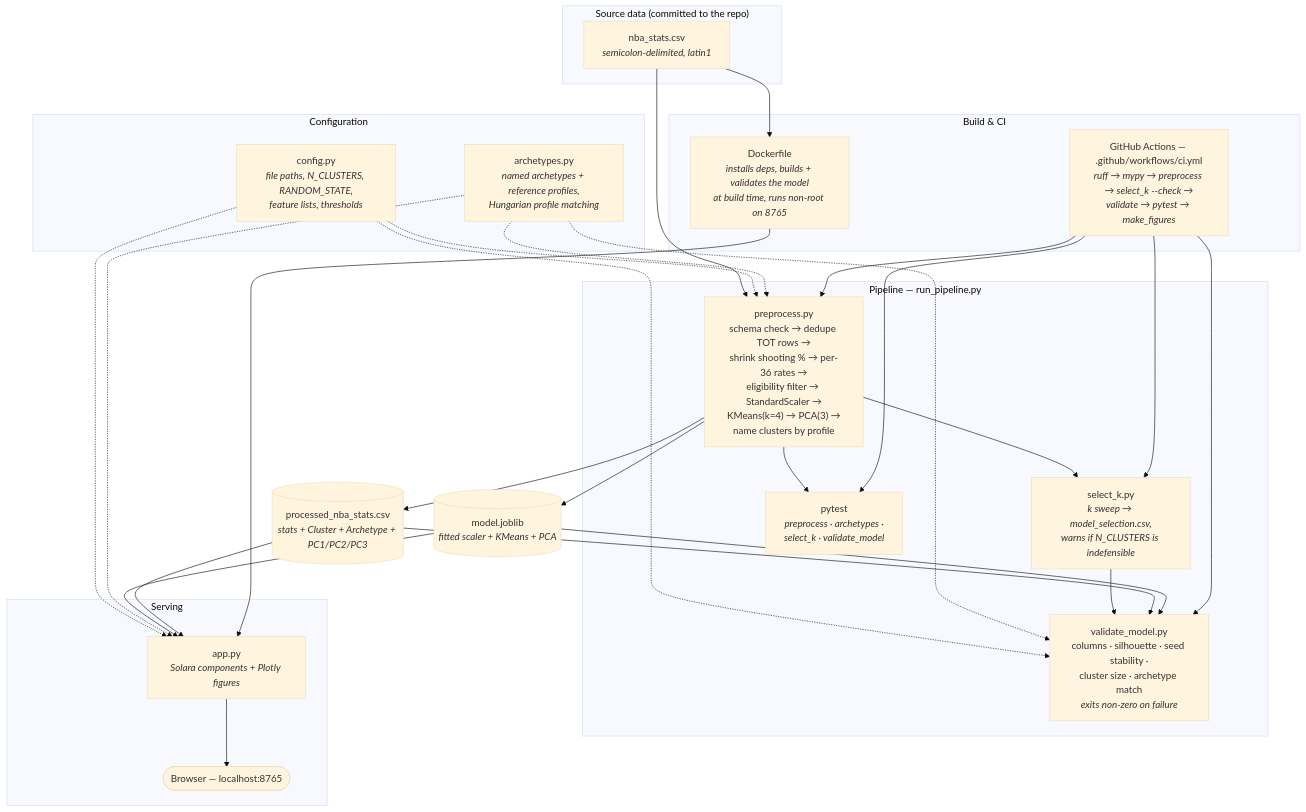
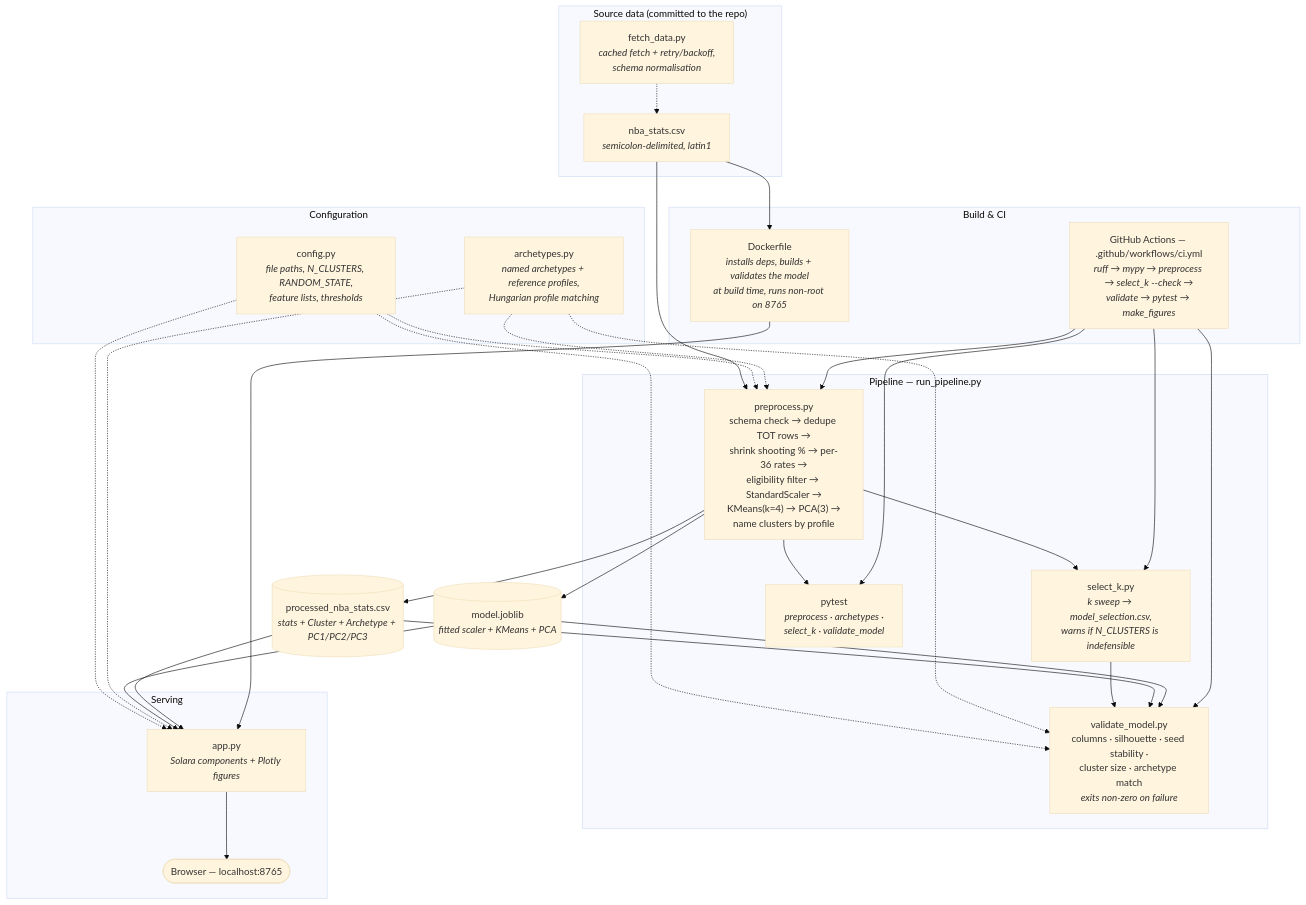
The diagram in README.md (thompgt/nba-player-clustering), drawn with Mermaid (base theme) before and after one commit. The commit also changed other lines of this file and 5 other files, not shown here.

````diff
--- a/README.md
+++ b/README.md
@@ -31,55 +31,57 @@
 ```mermaid
 flowchart TD
     subgraph src["Source data (committed to the repo)"]
+        FETCH["fetch_data.py<br/><i>cached fetch + retry/backoff,<br/>schema normalisation</i>"]
         RAW["nba_stats.csv<br/><i>semicolon-delimited, latin1</i>"]
+        FETCH -.-> RAW
     end
 
     subgraph cfg["Configuration"]
         CONFIG["config.py<br/><i>file paths, N_CLUSTERS, RANDOM_STATE,<br/>feature lists, thresholds</i>"]
         ARCH["archetypes.py<br/><i>named archetypes + reference profiles,<br/>Hungarian profile matching</i>"]
     end
 
     subgraph pipe["Pipeline — run_pipeline.py"]
         PRE["preprocess.py<br/>schema check → dedupe TOT rows →<br/>shrink shooting % → per-36 rates →<br/>eligibility filter → StandardScaler →<br/>KMeans(k=4) → PCA(3) →<br/>name clusters by profile"]
         SEL["select_k.py<br/><i>k sweep → model_selection.csv,<br/>warns if N_CLUSTERS is indefensible</i>"]
         VAL["validate_model.py<br/>columns · silhouette · seed stability ·<br/>cluster size · archetype match<br/><i>exits non-zero on failure</i>"]
         TEST["pytest<br/><i>preprocess · archetypes ·<br/>select_k · validate_model</i>"]
     end
 
     PROC[("processed_nba_stats.csv<br/><i>stats + Cluster + Archetype + PC1/PC2/PC3</i>")]
     MODEL[("model.joblib<br/><i>fitted scaler + KMeans + PCA</i>")]
 
     subgraph serve["Serving"]
         APP["app.py<br/><i>Solara components + Plotly figures</i>"]
         BROWSER(["Browser — localhost:8765"])
     end
 
     subgraph ops["Build & CI"]
         DOCKER["Dockerfile<br/><i>installs deps, builds + validates the model<br/>at build time, runs non-root on 8765</i>"]
         CI["GitHub Actions — .github/workflows/ci.yml<br/><i>ruff → mypy → preprocess → select_k --check →<br/>validate → pytest → make_figures</i>"]
     end
 
     RAW --> PRE
     CONFIG -.-> PRE
     CONFIG -.-> VAL
     CONFIG -.-> APP
     ARCH -.-> PRE
     ARCH -.-> VAL
     ARCH -.-> APP
     PRE --> PROC
     PRE --> MODEL
     PRE --> SEL
     SEL --> VAL
     PROC --> VAL
     MODEL --> VAL
     MODEL --> APP
     PRE --> TEST
     PROC --> APP
     APP --> BROWSER
     RAW --> DOCKER
     DOCKER --> APP
     CI --> PRE
     CI --> SEL
     CI --> VAL
     CI --> TEST
 ```
````
